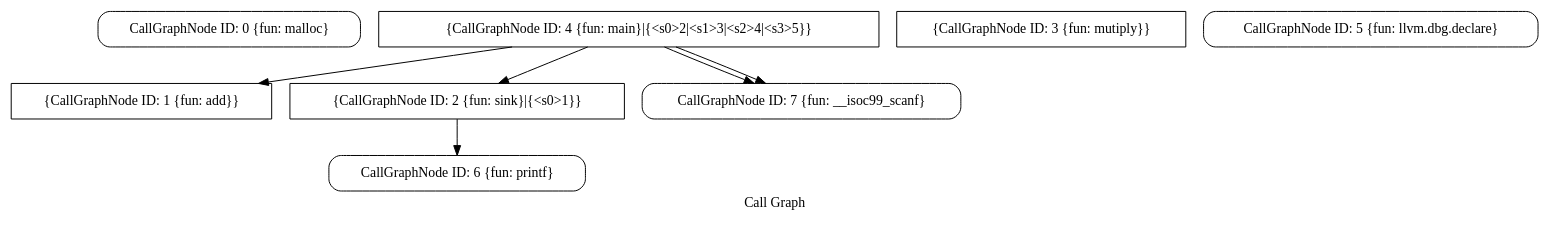
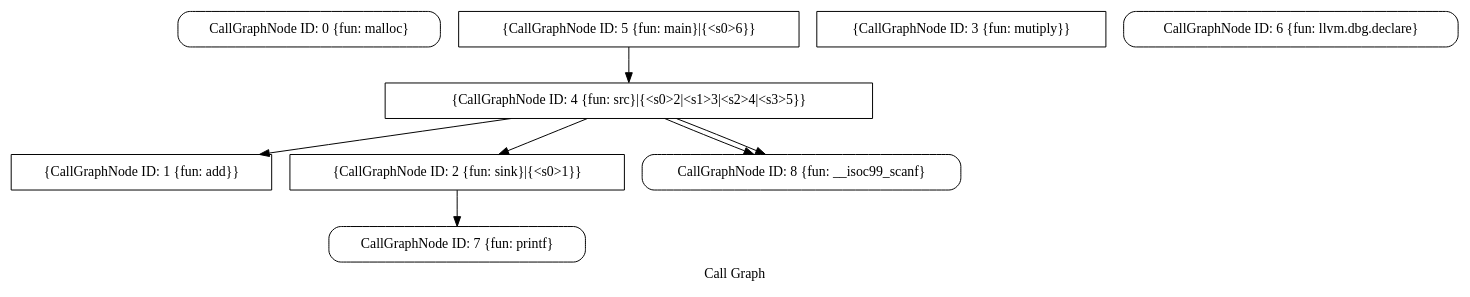
Before and after one commit to kshpdr/SVF-Project: the diagram in graphs/call_graph_example3.bc.dot, drawn with Graphviz. The commit also changed 14 other files, not shown here.

```diff
--- a/graphs/call_graph_example3.bc.dot
+++ b/graphs/call_graph_example3.bc.dot
@@ -1,17 +1,19 @@
 digraph "Call Graph" {
 	label="Call Graph";
 
-	Node0x5555561a99c0 [shape=record,shape=Mrecord,label="{CallGraphNode ID: 0 \{fun: malloc\}}"];
-	Node0x55555620e990 [shape=record,shape=box,label="{CallGraphNode ID: 1 \{fun: add\}}"];
-	Node0x5555561f4900 [shape=record,shape=box,label="{CallGraphNode ID: 2 \{fun: sink\}|{<s0>1}}"];
-	Node0x5555561f4900:s0 -> Node0x5555561f4d00[color=black];
-	Node0x5555561f4a00 [shape=record,shape=box,label="{CallGraphNode ID: 3 \{fun: mutiply\}}"];
-	Node0x5555561f4b00 [shape=record,shape=box,label="{CallGraphNode ID: 4 \{fun: main\}|{<s0>2|<s1>3|<s2>4|<s3>5}}"];
-	Node0x5555561f4b00:s0 -> Node0x5555561f4e00[color=black];
-	Node0x5555561f4b00:s1 -> Node0x5555561f4e00[color=black];
-	Node0x5555561f4b00:s2 -> Node0x55555620e990[color=black];
-	Node0x5555561f4b00:s3 -> Node0x5555561f4900[color=black];
-	Node0x5555561f4c00 [shape=record,shape=Mrecord,label="{CallGraphNode ID: 5 \{fun: llvm.dbg.declare\}}"];
-	Node0x5555561f4d00 [shape=record,shape=Mrecord,label="{CallGraphNode ID: 6 \{fun: printf\}}"];
-	Node0x5555561f4e00 [shape=record,shape=Mrecord,label="{CallGraphNode ID: 7 \{fun: __isoc99_scanf\}}"];
+	Node0x55f0eb457150 [shape=record,shape=Mrecord,label="{CallGraphNode ID: 0 \{fun: malloc\}}"];
+	Node0x55f0eb43e0c0 [shape=record,shape=box,label="{CallGraphNode ID: 1 \{fun: add\}}"];
+	Node0x55f0eb48d6f0 [shape=record,shape=box,label="{CallGraphNode ID: 2 \{fun: sink\}|{<s0>1}}"];
+	Node0x55f0eb48d6f0:s0 -> Node0x55f0eb48dbf0[color=black];
+	Node0x55f0eb48d7f0 [shape=record,shape=box,label="{CallGraphNode ID: 3 \{fun: mutiply\}}"];
+	Node0x55f0eb48d8f0 [shape=record,shape=box,label="{CallGraphNode ID: 4 \{fun: src\}|{<s0>2|<s1>3|<s2>4|<s3>5}}"];
+	Node0x55f0eb48d8f0:s0 -> Node0x55f0eb48dcf0[color=black];
+	Node0x55f0eb48d8f0:s1 -> Node0x55f0eb48dcf0[color=black];
+	Node0x55f0eb48d8f0:s2 -> Node0x55f0eb43e0c0[color=black];
+	Node0x55f0eb48d8f0:s3 -> Node0x55f0eb48d6f0[color=black];
+	Node0x55f0eb48d9f0 [shape=record,shape=box,label="{CallGraphNode ID: 5 \{fun: main\}|{<s0>6}}"];
+	Node0x55f0eb48d9f0:s0 -> Node0x55f0eb48d8f0[color=black];
+	Node0x55f0eb48daf0 [shape=record,shape=Mrecord,label="{CallGraphNode ID: 6 \{fun: llvm.dbg.declare\}}"];
+	Node0x55f0eb48dbf0 [shape=record,shape=Mrecord,label="{CallGraphNode ID: 7 \{fun: printf\}}"];
+	Node0x55f0eb48dcf0 [shape=record,shape=Mrecord,label="{CallGraphNode ID: 8 \{fun: __isoc99_scanf\}}"];
 }
```
